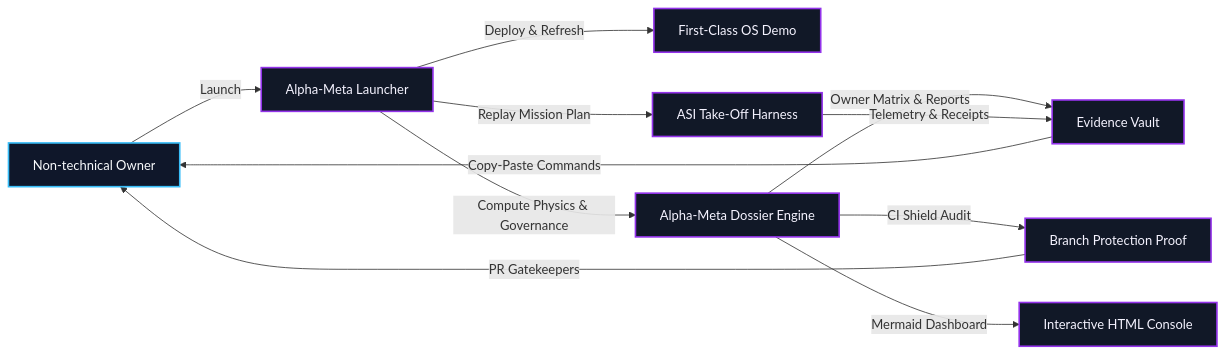
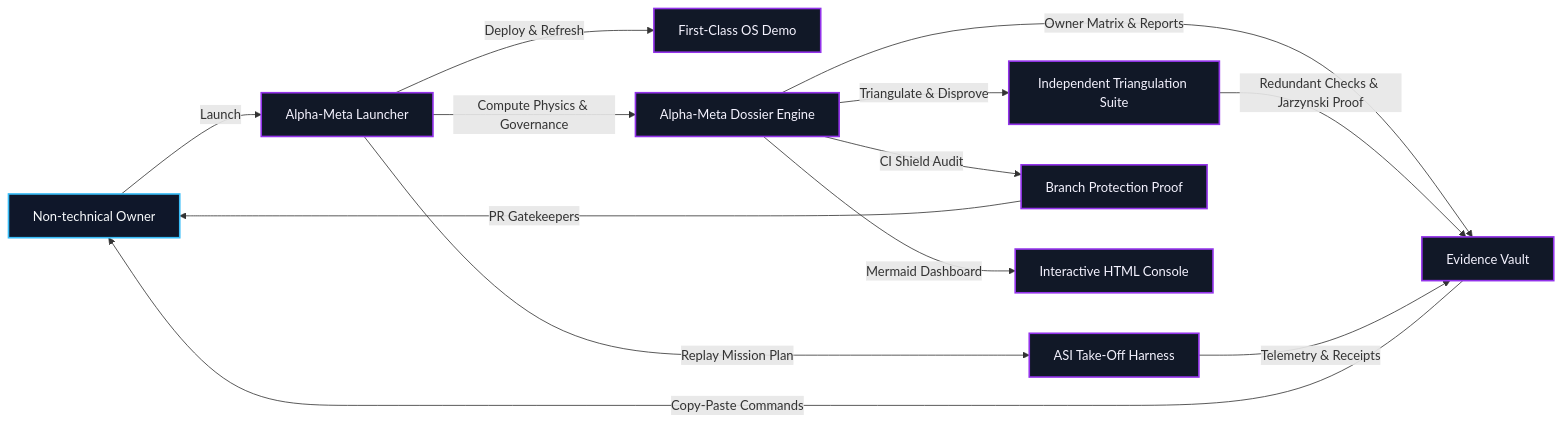
One commit to MontrealAI/AGIJobsv0 changed the diagram in demo/alpha-meta/README.md. Above: the diagram before and after it, drawn with Mermaid. The commit also changed other lines of this file and 19 other files, not shown here.

````diff
--- a/demo/alpha-meta/README.md
+++ b/demo/alpha-meta/README.md
@@ -27,15 +28,17 @@
 ```mermaid
 flowchart LR
   A[Non-technical Owner]:::role -->|Launch| B[Alpha-Meta Launcher]
   B -->|Deploy & Refresh| C[First-Class OS Demo]
   B -->|Compute Physics & Governance| D[Alpha-Meta Dossier Engine]
+  D -->|Triangulate & Disprove| I[Independent Triangulation Suite]
   B -->|Replay Mission Plan| E[ASI Take-Off Harness]
   D -->|Owner Matrix & Reports| F[Evidence Vault]
   D -->|CI Shield Audit| G[Branch Protection Proof]
   D -->|Mermaid Dashboard| H[Interactive HTML Console]
+  I -->|Redundant Checks & Jarzynski Proof| F
   E -->|Telemetry & Receipts| F
   F -->|Copy-Paste Commands| A
   G -->|PR Gatekeepers| A
   classDef role fill:#0f172a,stroke:#38bdf8,stroke-width:2px,color:#f8fafc;
   classDef default fill:#111827,stroke:#9333ea,stroke-width:2px,color:#f5f3ff;
 ```
````
